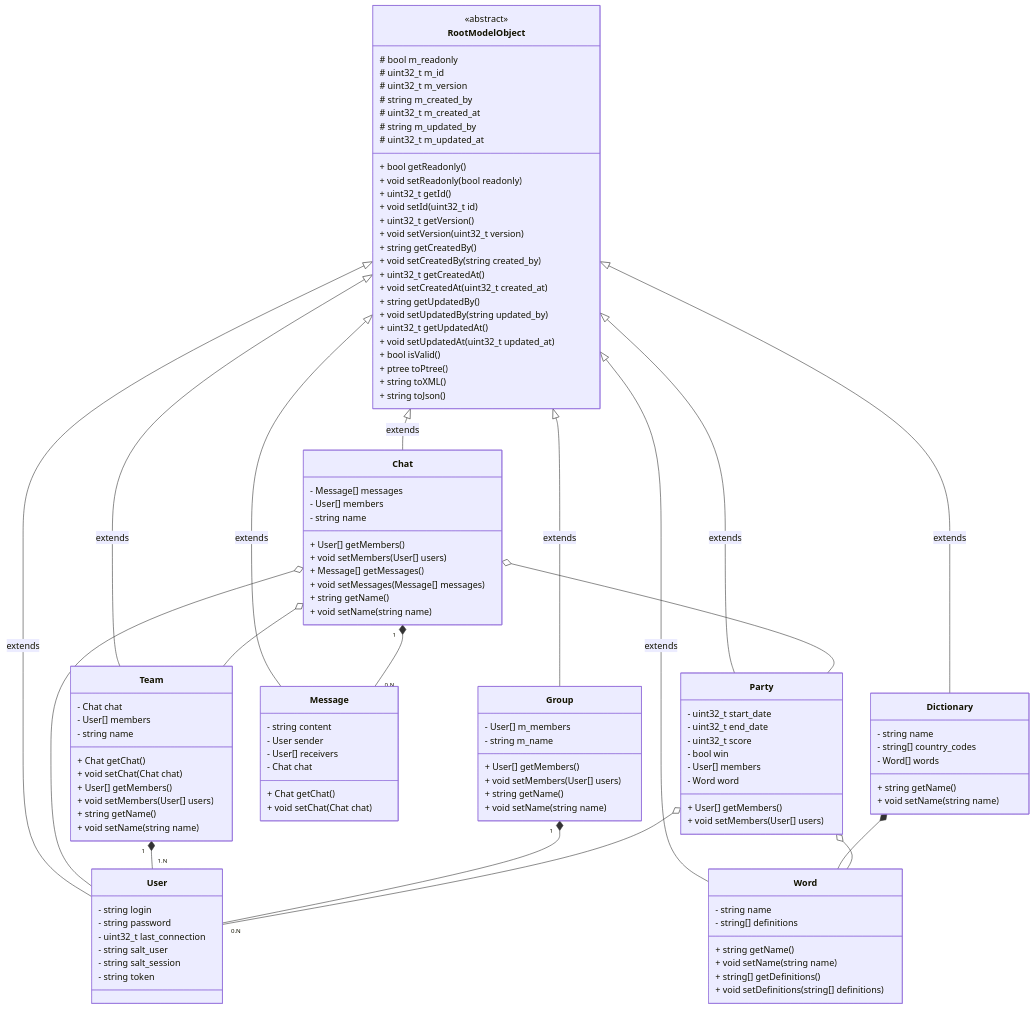
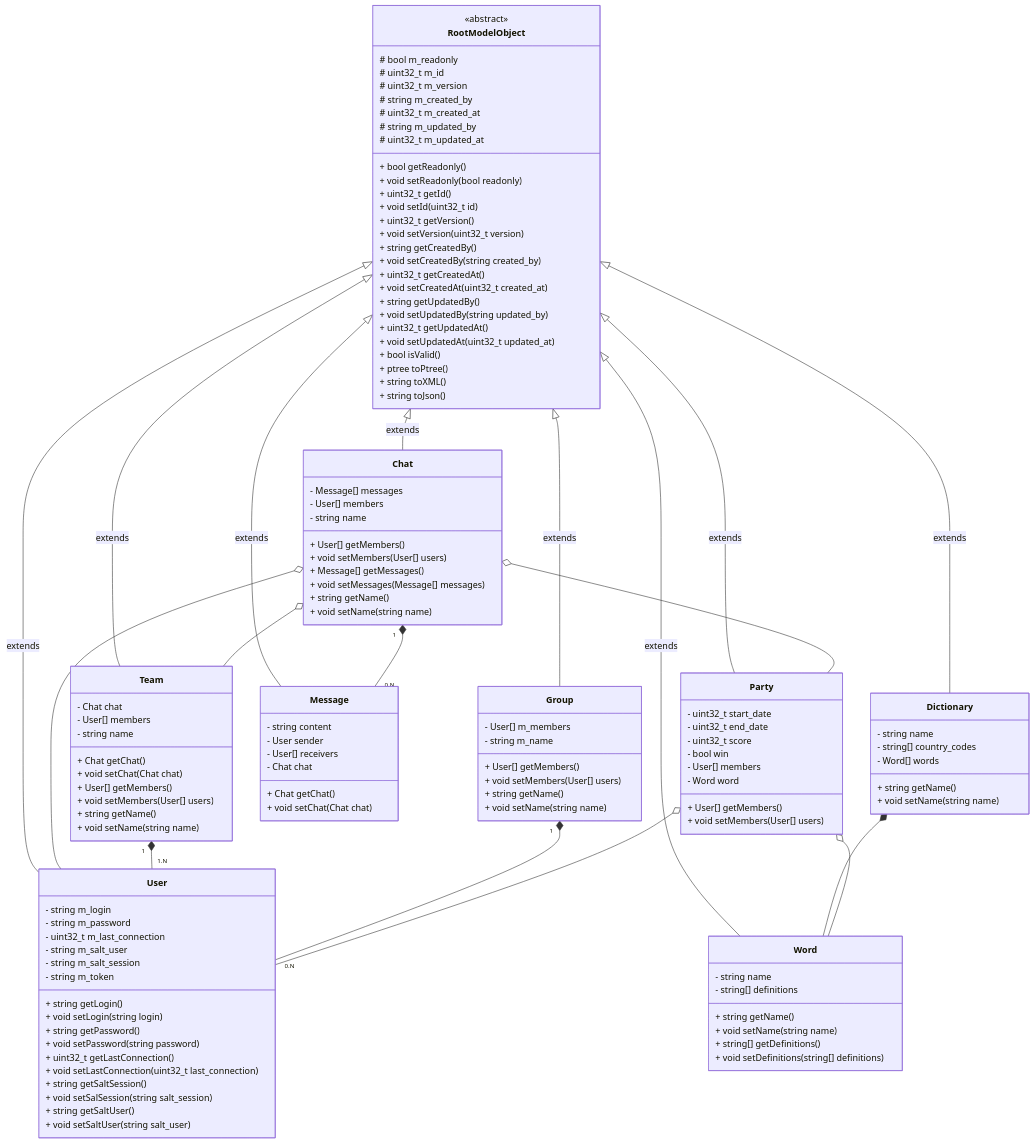
One commit to MGuillaumeF/hangman-game changed the diagram in wiki/dev-rules.md. Above: the diagram before and after it, drawn with Mermaid.

```diff
--- a/wiki/dev-rules.md
+++ b/wiki/dev-rules.md
@@ -100,12 +100,22 @@
 RootModelObject : + ptree toPtree()
 RootModelObject : + string toXML()
 RootModelObject : + string toJson()
-User : - string login
-User : - string password
-User : - uint32_t last_connection
-User : - string salt_user
-User : - string salt_session
-User : - string token
+User : - string m_login
+User : - string m_password
+User : - uint32_t m_last_connection
+User : - string m_salt_user
+User : - string m_salt_session
+User : - string m_token
+User : + string getLogin()
+User : + void setLogin(string login)
+User : + string getPassword()
+User : + void setPassword(string password)
+User : + uint32_t getLastConnection()
+User : + void setLastConnection(uint32_t last_connection)
+User : + string getSaltSession()
+User : + void setSalSession(string salt_session)
+User : + string getSaltUser()
+User : + void setSaltUser(string salt_user)
 Group : - User[] m_members
 Group : - string m_name
 Group : + User[] getMembers()
```
